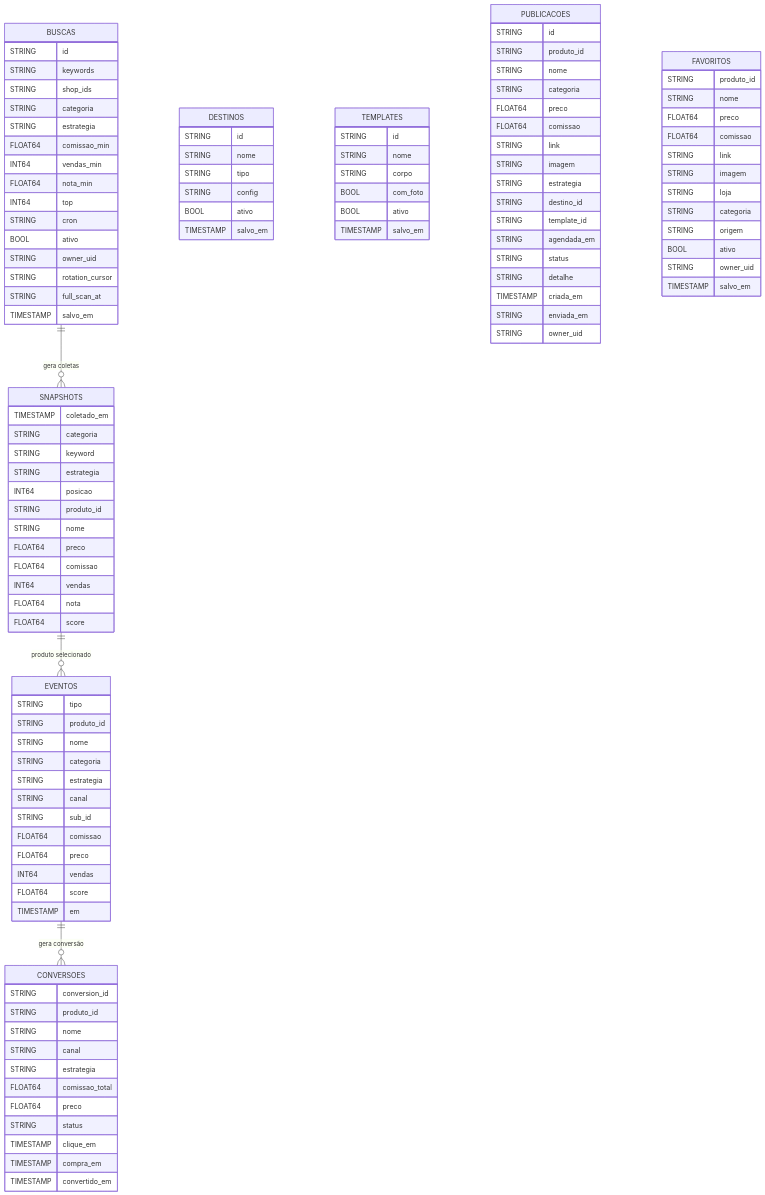
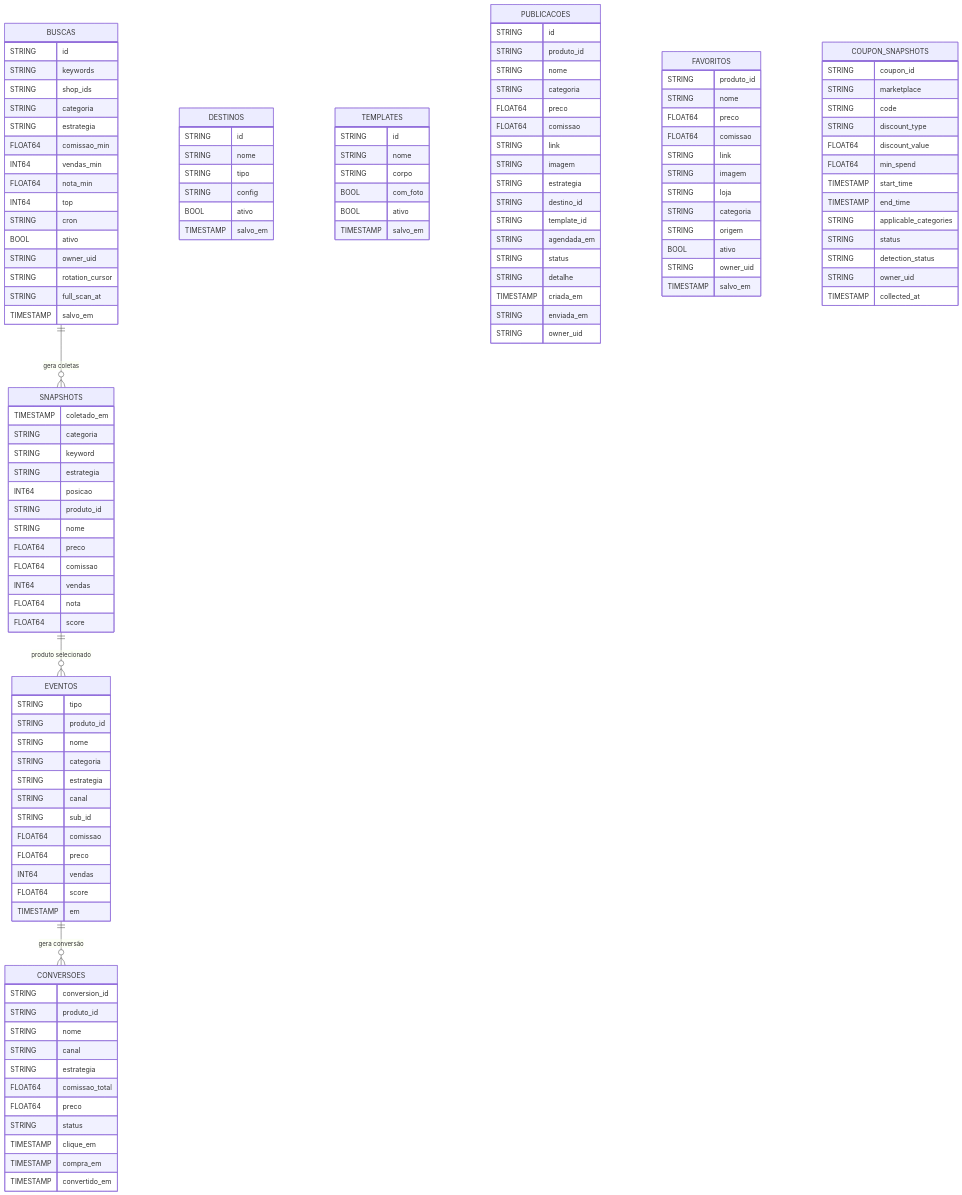
The diagram in docs/gerado/ENTIDADES.md (fmarquesfilho/garimpo), drawn with Mermaid before and after one commit. The commit also changed 3 other files, not shown here.

First line of the commit message:
fix: resolve drift checks (schema sync + config consistency)

```diff
--- a/docs/gerado/ENTIDADES.md
+++ b/docs/gerado/ENTIDADES.md
@@ -124,6 +124,22 @@
         TIMESTAMP salvo_em
     }
 
+    COUPON_SNAPSHOTS {
+        STRING coupon_id
+        STRING marketplace
+        STRING code
+        STRING discount_type
+        FLOAT64 discount_value
+        FLOAT64 min_spend
+        TIMESTAMP start_time
+        TIMESTAMP end_time
+        STRING applicable_categories
+        STRING status
+        STRING detection_status
+        STRING owner_uid
+        TIMESTAMP collected_at
+    }
+
     BUSCAS ||--o{ SNAPSHOTS : "gera coletas"
     SNAPSHOTS ||--o{ EVENTOS : "produto selecionado"
     EVENTOS ||--o{ CONVERSOES : "gera conversão"
```
